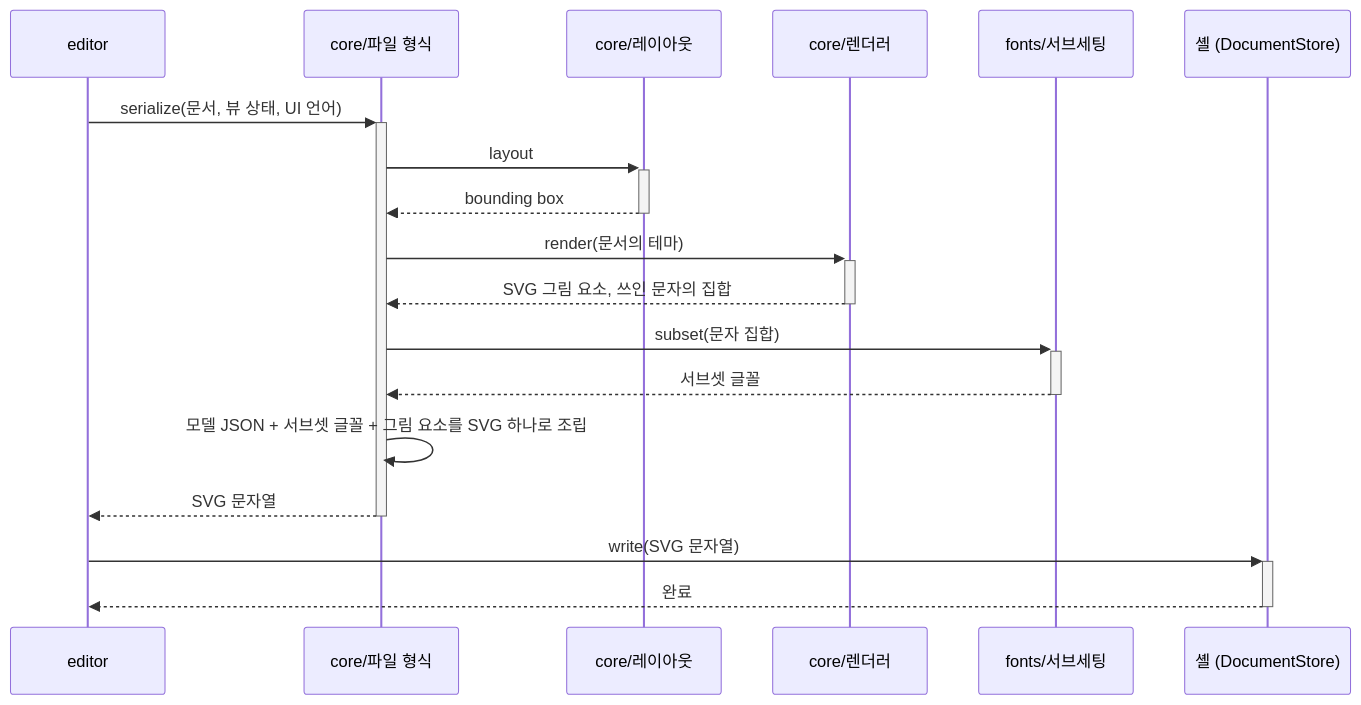
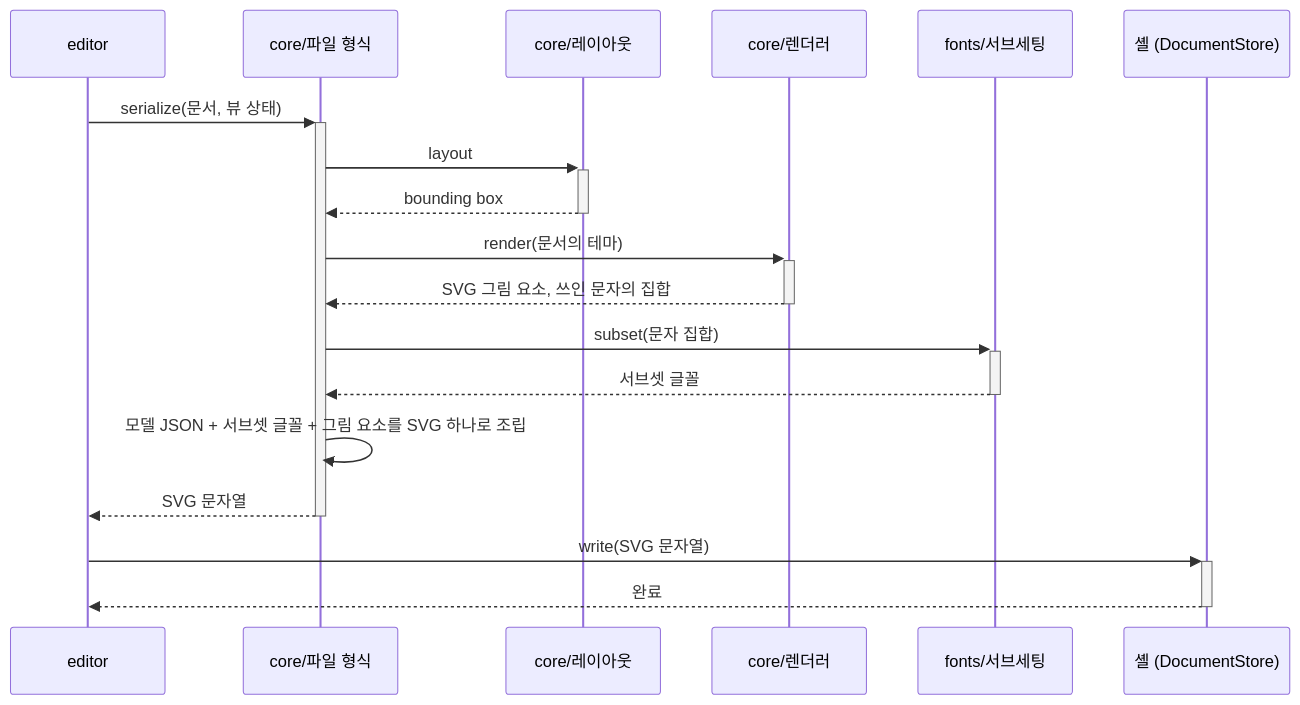
The sixth of 6 diagrams in docs/03-architecture/03-architecture.md (reddiana/AriadneNSD), drawn with Mermaid before and after one commit. The commit also changed other lines of this file and 75 other files, not shown here.

````diff
--- a/docs/03-architecture/03-architecture.md
+++ b/docs/03-architecture/03-architecture.md
@@ -334,20 +335,20 @@
 ```mermaid
 sequenceDiagram
     participant E as editor
     participant F as core/파일 형식
     participant L as core/레이아웃
     participant R as core/렌더러
     participant T as fonts/서브세팅
     participant S as 셸 (DocumentStore)
-    E->>+F: serialize(문서, 뷰 상태, UI 언어)
+    E->>+F: serialize(문서, 뷰 상태)
     F->>+L: layout
     L-->>-F: bounding box
     F->>+R: render(문서의 테마)
     R-->>-F: SVG 그림 요소, 쓰인 문자의 집합
     F->>+T: subset(문자 집합)
     T-->>-F: 서브셋 글꼴
     F->>F: 모델 JSON + 서브셋 글꼴 + 그림 요소를 SVG 하나로 조립
     F-->>-E: SVG 문자열
     E->>+S: write(SVG 문자열)
     S-->>-E: 완료
 ```
````
